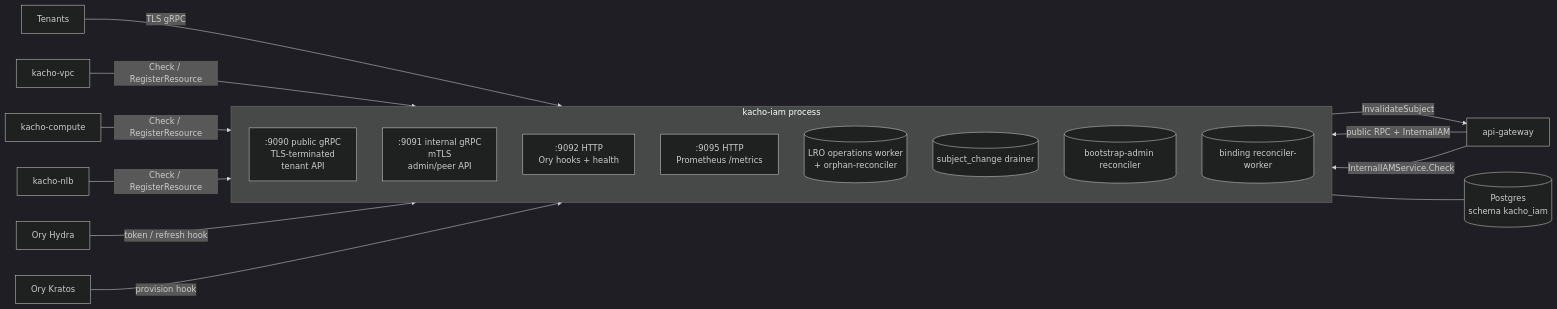
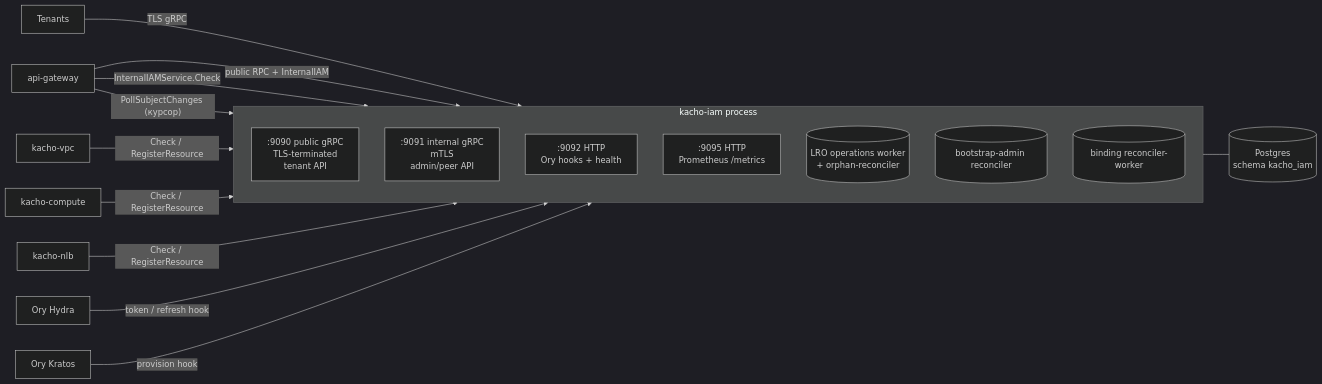
The first of 3 diagrams in services/iam/docs/engineering/components/00-overview.md (PRO-Robotech/kacho), drawn with Mermaid (dark theme) before and after one commit. The commit also changed other lines of this file and 19 other files, not shown here.

````diff
--- a/services/iam/docs/engineering/components/00-overview.md
+++ b/services/iam/docs/engineering/components/00-overview.md
@@ -73,29 +73,27 @@
 ```mermaid
 flowchart LR
     subgraph iam[kacho-iam process]
         direction TB
         gRPCpub[":9090 public gRPC<br/>TLS-terminated<br/>tenant API"]
         gRPCint[":9091 internal gRPC<br/>mTLS<br/>admin/peer API"]
         hooks[":9092 HTTP<br/>Ory hooks + health"]
         metrics[":9095 HTTP<br/>Prometheus /metrics"]
 
         lro[(LRO operations worker<br/>+ orphan-reconciler)]
-        subjDr[(subject_change drainer)]
         bootDr[(bootstrap-admin reconciler)]
         rsab[(binding reconciler-worker)]
     end
 
     Tenants -- TLS gRPC --> gRPCpub
     APIGW[api-gateway] -- public RPC + InternalIAM --> gRPCpub
     APIGW -- InternalIAMService.Check --> gRPCint
+    APIGW -- PollSubjectChanges (курсор) --> gRPCint
     VPC[kacho-vpc] -- Check / RegisterResource --> gRPCint
     Compute[kacho-compute] -- Check / RegisterResource --> gRPCint
     NLB[kacho-nlb] -- Check / RegisterResource --> gRPCint
 
     Hydra[Ory Hydra] -- token / refresh hook --> hooks
     Kratos[Ory Kratos] -- provision hook --> hooks
 
-    subjDr -- InvalidateSubject --> APIGW
-
     iam --- Postgres[("Postgres<br/>schema kacho_iam")]
 ```
````
